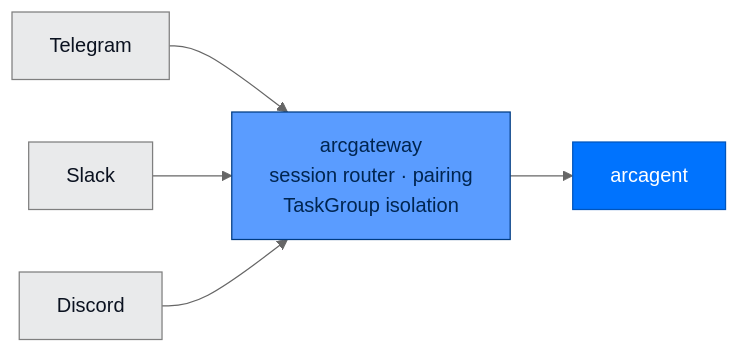
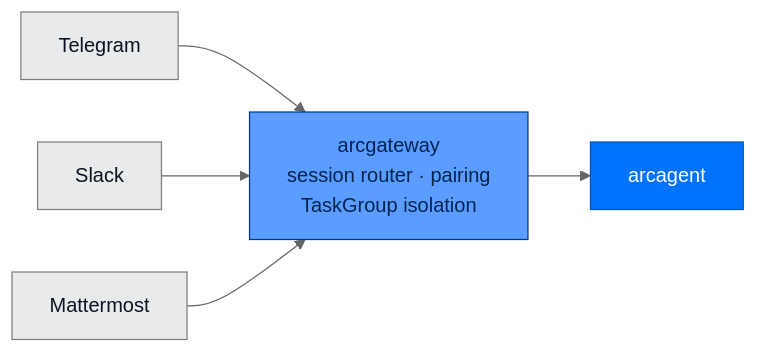
The first of 2 diagrams in packages/arcgateway/README.md (joshuamschultz/Arc), drawn with Mermaid (neutral theme) before and after one commit. The commit also changed other lines of this file and 26 other files, not shown here.

````diff
--- a/packages/arcgateway/README.md
+++ b/packages/arcgateway/README.md
@@ -30,11 +30,11 @@
 ```mermaid
 flowchart LR
     classDef surface fill:#5A9CFF,stroke:#003B82,color:#002550
     classDef agent fill:#0073FE,stroke:#0055BC,color:#FFFFFF
     classDef other fill:#E9EAEB,stroke:#7F7F7F,color:#0B1220
 
     Telegram[Telegram]:::other --> arcgateway
     Slack[Slack]:::other --> arcgateway
-    Discord[Discord]:::other --> arcgateway
+    Mattermost[Mattermost]:::other --> arcgateway
     arcgateway[arcgateway<br/>session router · pairing<br/>TaskGroup isolation]:::surface --> arcagent[arcagent]:::agent
 ```
````
